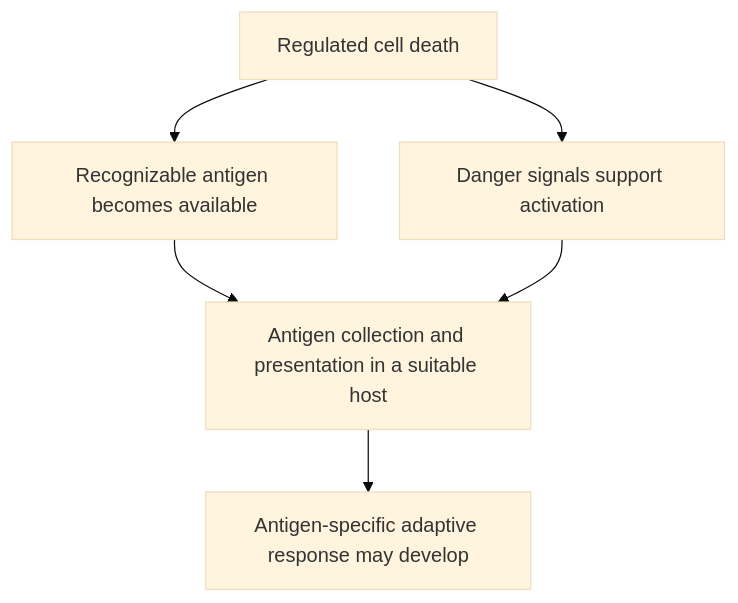
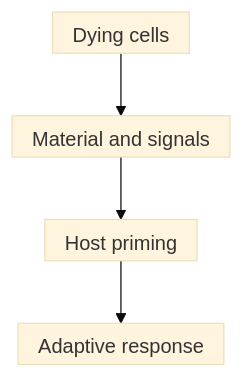
The diagram in wiki/education/concepts/cancer-biology/cell-death-and-survival/immunogenic-cell-death.md (jasonLaster/oncoguide), drawn with Mermaid (base theme) before and after one commit. The commit also changed other lines of this file and 30 other files, not shown here.

````diff
--- a/wiki/education/concepts/cancer-biology/cell-death-and-survival/immunogenic-cell-death.md
+++ b/wiki/education/concepts/cancer-biology/cell-death-and-survival/immunogenic-cell-death.md
@@ -38,8 +38,7 @@
 ```mermaid
+%%{init: {"htmlLabels":false,"flowchart":{"htmlLabels":false,"padding":8,"nodeSpacing":25}}}%%
 flowchart TD
-  A["Regulated cell death"] --> B["Recognizable antigen becomes available"]
-  A --> C["Danger signals support activation"]
-  B --> D["Antigen collection and presentation in a suitable host"]
-  C --> D
-  D --> E["Antigen-specific adaptive response may develop"]
+  A["Dying cells"] --> B["Material and signals"]
+  B --> C["Host priming"]
+  C --> D["Adaptive response"]
 ```
````
